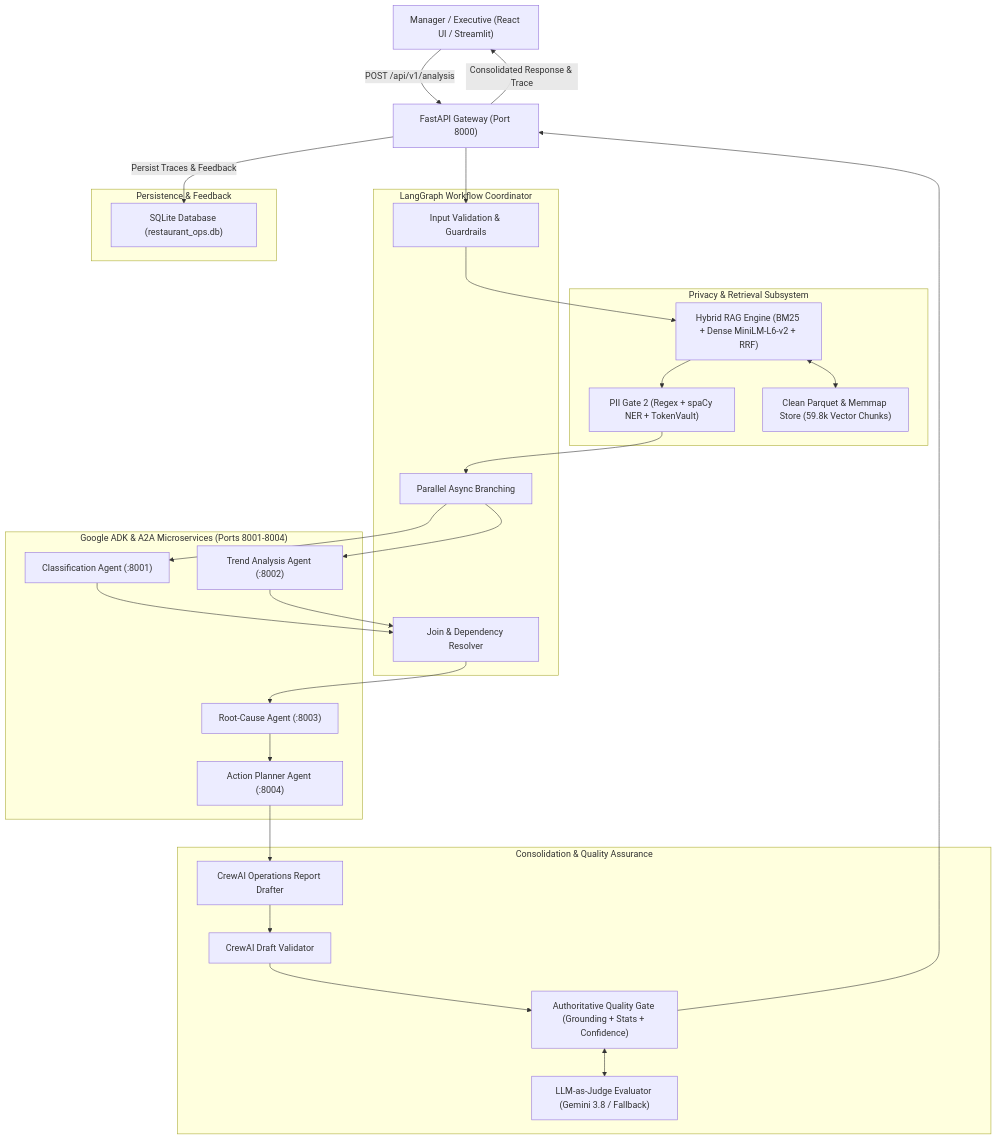
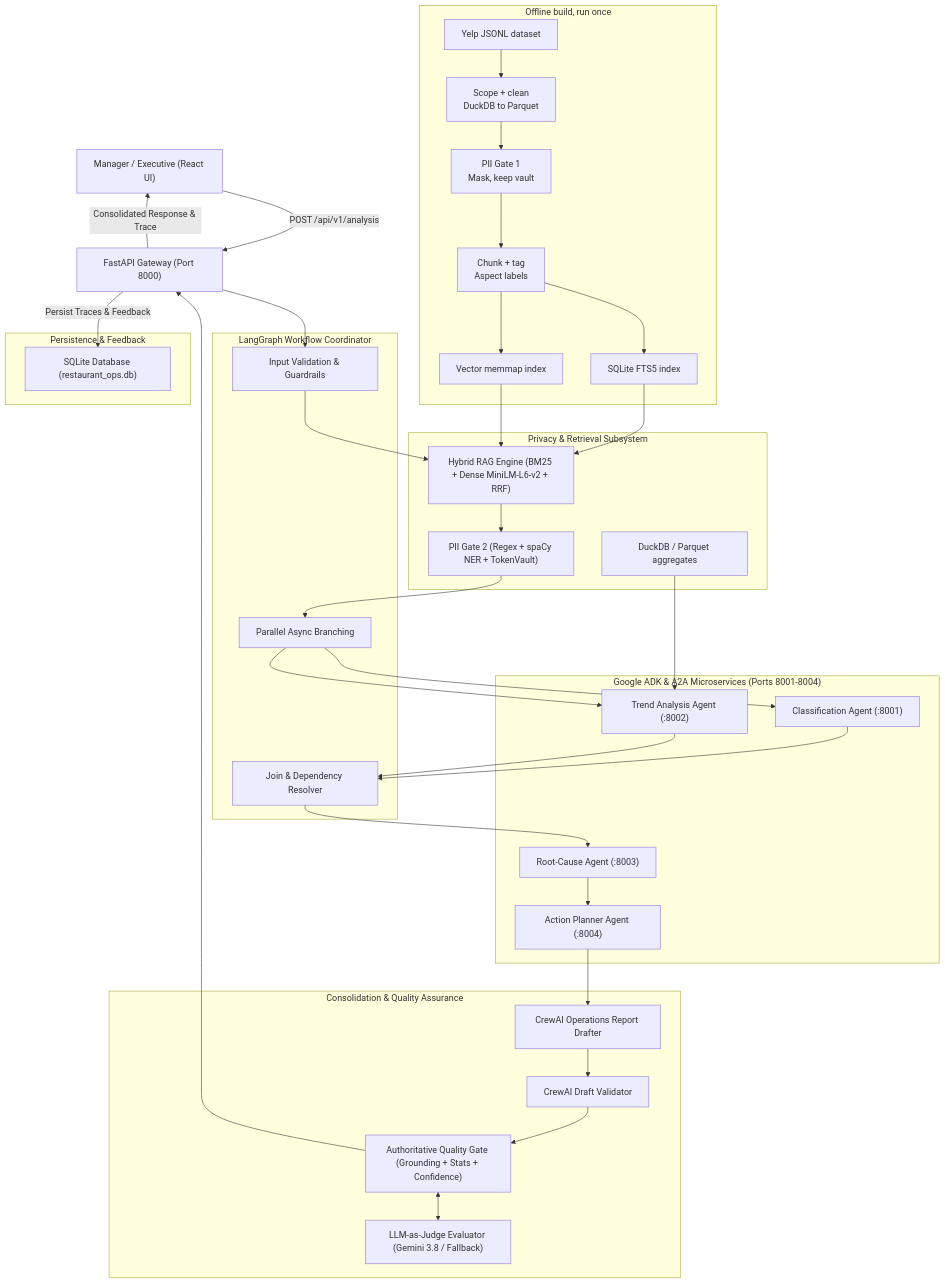
Before and after one commit to KrishnaRajan-rm/prodaptcapstone: the diagram in README.md, drawn with Mermaid. The commit also changed other lines of this file and 35 other files, not shown here.

````diff
--- a/README.md
+++ b/README.md
@@ -9,54 +9,64 @@
 ```mermaid
 flowchart TD
-    User["Manager / Executive (React UI / Streamlit)"]
+    User["Manager / Executive (React UI)"]
     API["FastAPI Gateway (Port 8000)"]
+
+    subgraph Offline_Build["Offline build, run once"]
+      Source["Yelp JSONL dataset"] --> Clean["Scope + clean<br/>DuckDB to Parquet"]
+      Clean --> Gate1["PII Gate 1<br/>Mask, keep vault"]
+      Gate1 --> Tag["Chunk + tag<br/>Aspect labels"]
+      Tag --> BM25["SQLite FTS5 index"]
+      Tag --> Vectors["Vector memmap index"]
+    end
     
     subgraph Privacy_and_Retrieval ["Privacy & Retrieval Subsystem"]
         PII["PII Gate 2 (Regex + spaCy NER + TokenVault)"]
         Hybrid["Hybrid RAG Engine (BM25 + Dense MiniLM-L6-v2 + RRF)"]
-        Parquet["Clean Parquet & Memmap Store (59.8k Vector Chunks)"]
+        Parquet["DuckDB / Parquet aggregates"]
     end
 
     subgraph LangGraph_Orchestrator ["LangGraph Workflow Coordinator"]
         GraphStart["Input Validation & Guardrails"]
         Fork["Parallel Async Branching"]
         Join["Join & Dependency Resolver"]
     end
 
     subgraph A2A_Mesh ["Google ADK & A2A Microservices (Ports 8001-8004)"]
         A1["Classification Agent (:8001)"]
         A2["Trend Analysis Agent (:8002)"]
         A3["Root-Cause Agent (:8003)"]
         A4["Action Planner Agent (:8004)"]
     end
 
     subgraph Consolidation_and_Quality ["Consolidation & Quality Assurance"]
         CrewDrafter["CrewAI Operations Report Drafter"]
         CrewValidator["CrewAI Draft Validator"]
         QGate["Authoritative Quality Gate (Grounding + Stats + Confidence)"]
         Judge["LLM-as-Judge Evaluator (Gemini 3.8 / Fallback)"]
     end
 
     subgraph Persistence ["Persistence & Feedback"]
         DB["SQLite Database (restaurant_ops.db)"]
     end
 
     User -->|POST /api/v1/analysis| API
     API --> GraphStart
     GraphStart --> Hybrid
-    Hybrid <--> Parquet
+    BM25 --> Hybrid
+    Vectors --> Hybrid
+    Parquet --> A2
     Hybrid --> PII
     PII --> Fork
     Fork --> A1
     Fork --> A2
     A1 & A2 --> Join
     Join --> A3
     A3 --> A4
     A4 --> CrewDrafter
     CrewDrafter --> CrewValidator
     CrewValidator --> QGate
     QGate <--> Judge
     QGate --> API
     API -->|Persist Traces & Feedback| DB
     API -->|Consolidated Response & Trace| User
 ```
````
